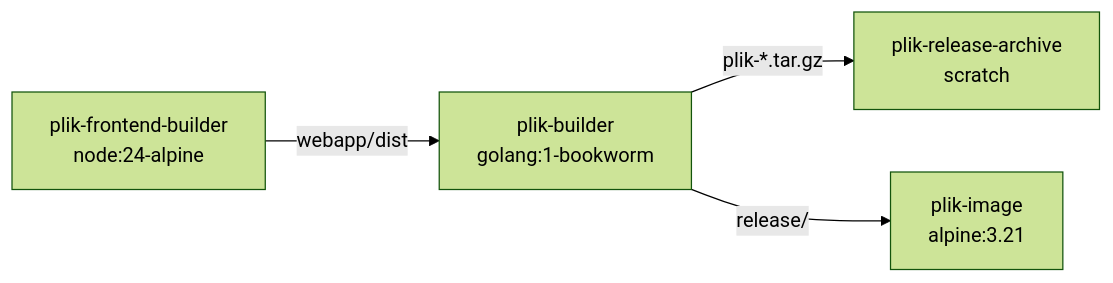
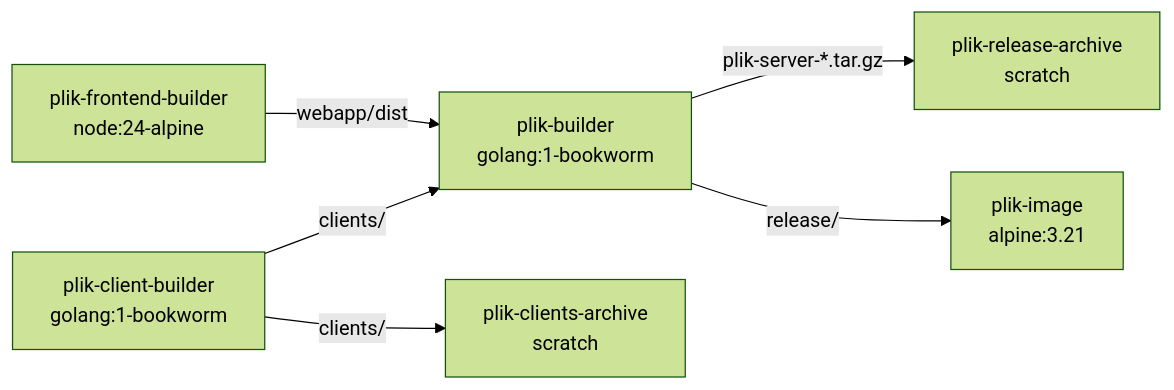
One commit to dataiku/plik changed the diagram in releaser/ARCHITECTURE.md. Above: the diagram before and after it, drawn with Mermaid (forest theme). The commit also changed other lines of this file and 10 other files, not shown here.

First line of the commit message:
optimize: extract client builds and publish as release assets

````diff
--- a/releaser/ARCHITECTURE.md
+++ b/releaser/ARCHITECTURE.md
@@ -62,6 +65,8 @@
 ```mermaid
 graph LR
-    A["plik-frontend-builder<br/>node:24-alpine"] -->|webapp/dist| B["plik-builder<br/>golang:1-bookworm"]
-    B -->|plik-*.tar.gz| C["plik-release-archive<br/>scratch"]
-    B -->|release/| D["plik-image<br/>alpine:3.21"]
+    A["plik-frontend-builder<br/>node:24-alpine"] -->|webapp/dist| C["plik-builder<br/>golang:1-bookworm"]
+    B["plik-client-builder<br/>golang:1-bookworm"] -->|clients/| C
+    B -->|clients/| E["plik-clients-archive<br/>scratch"]
+    C -->|plik-server-*.tar.gz| D["plik-release-archive<br/>scratch"]
+    C -->|release/| F["plik-image<br/>alpine:3.21"]
 ```
````
